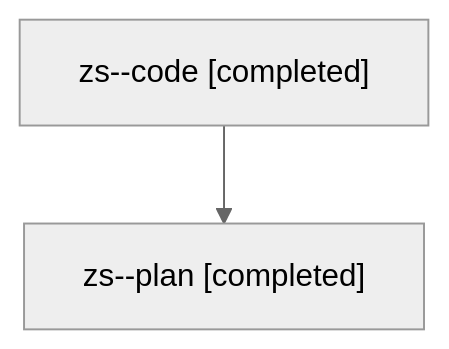
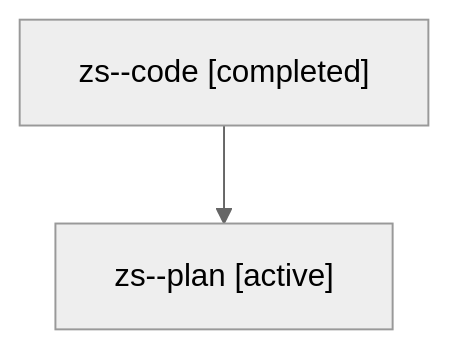
One commit to sase-org/sase--agents changed the diagram in families/bbugyi200.athena.zs.md. Above: the diagram before and after it, drawn with Mermaid (neutral theme). The commit also changed other lines of this file and 35830 other files, not shown here.

````diff
--- a/families/bbugyi200.athena.zs.md
+++ b/families/bbugyi200.athena.zs.md
@@ -9,6 +9,6 @@
 ```mermaid
 flowchart TD
   n0["zs--code [completed]"]
-  n1["zs--plan [completed]"]
+  n1["zs--plan [active]"]
   n0 --> n1
 ```
````
